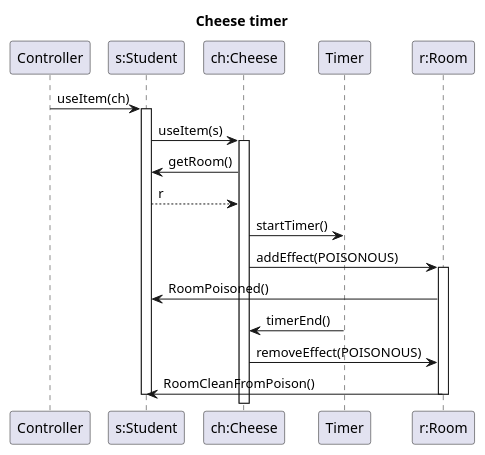
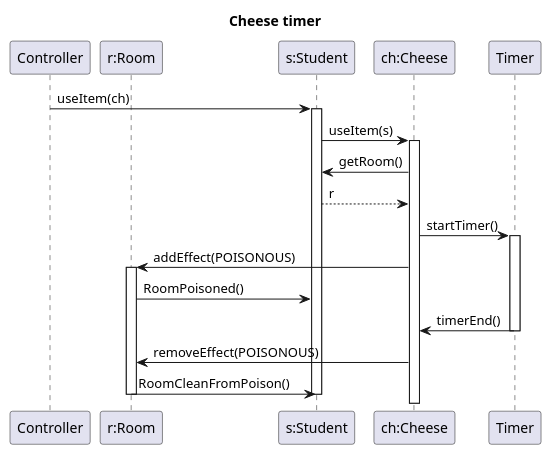
Before and after one commit to MBakter/echo: the diagram in docs/sequence_diagrams/skeleton/cheese_timer.plantuml, drawn with PlantUML. The commit also changed 1 other file, not shown here.

```diff
--- a/docs/sequence_diagrams/skeleton/cheese_timer.plantuml
+++ b/docs/sequence_diagrams/skeleton/cheese_timer.plantuml
@@ -1,26 +1,29 @@
 @startuml hms
 
 title Cheese timer
 participant "Controller" as c
+participant "r:Room" as r
 participant "s:Student" as s
 participant "ch:Cheese" as ch
 participant "Timer"
-participant "r:Room" as r
+
 
 c -> s : useItem(ch)
 activate s
 s -> ch : useItem(s)
 activate ch
 ch -> s : getRoom()
 s --> ch : r
 ch -> Timer : startTimer()
+activate Timer
 ch -> r : addEffect(POISONOUS)
 activate r
 r -> s : RoomPoisoned()
 Timer -> ch : timerEnd()
+deactivate Timer
 ch -> r : removeEffect(POISONOUS)
 r -> s : RoomCleanFromPoison()
 deactivate r
 deactivate s
 
 @enduml
```
